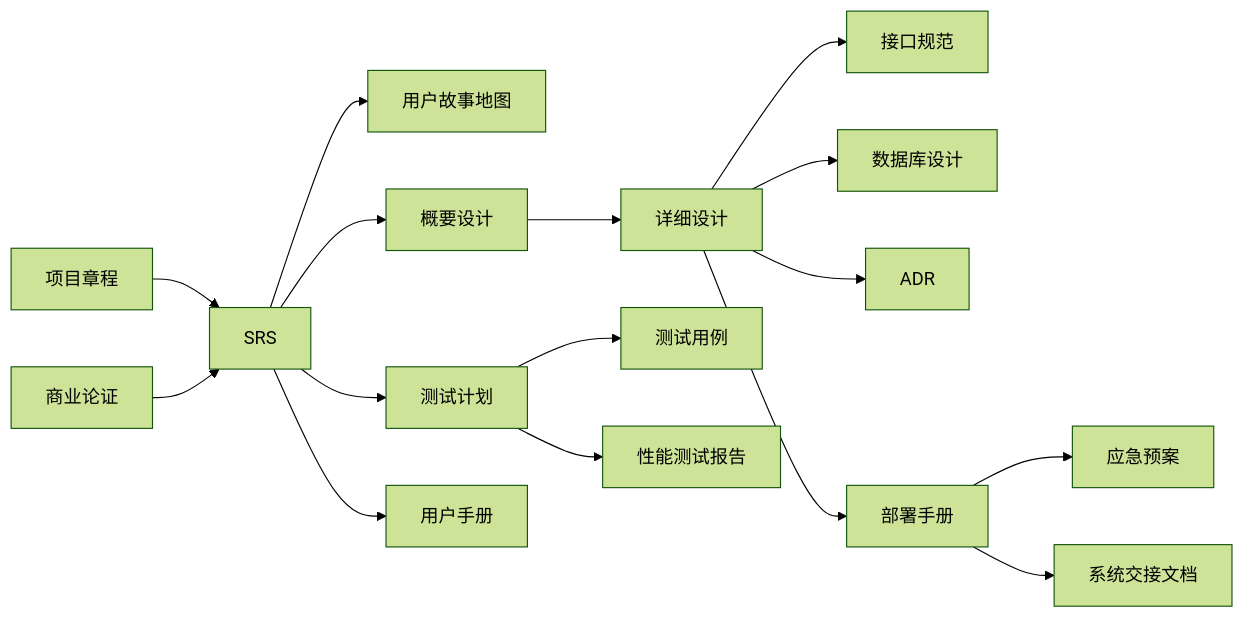
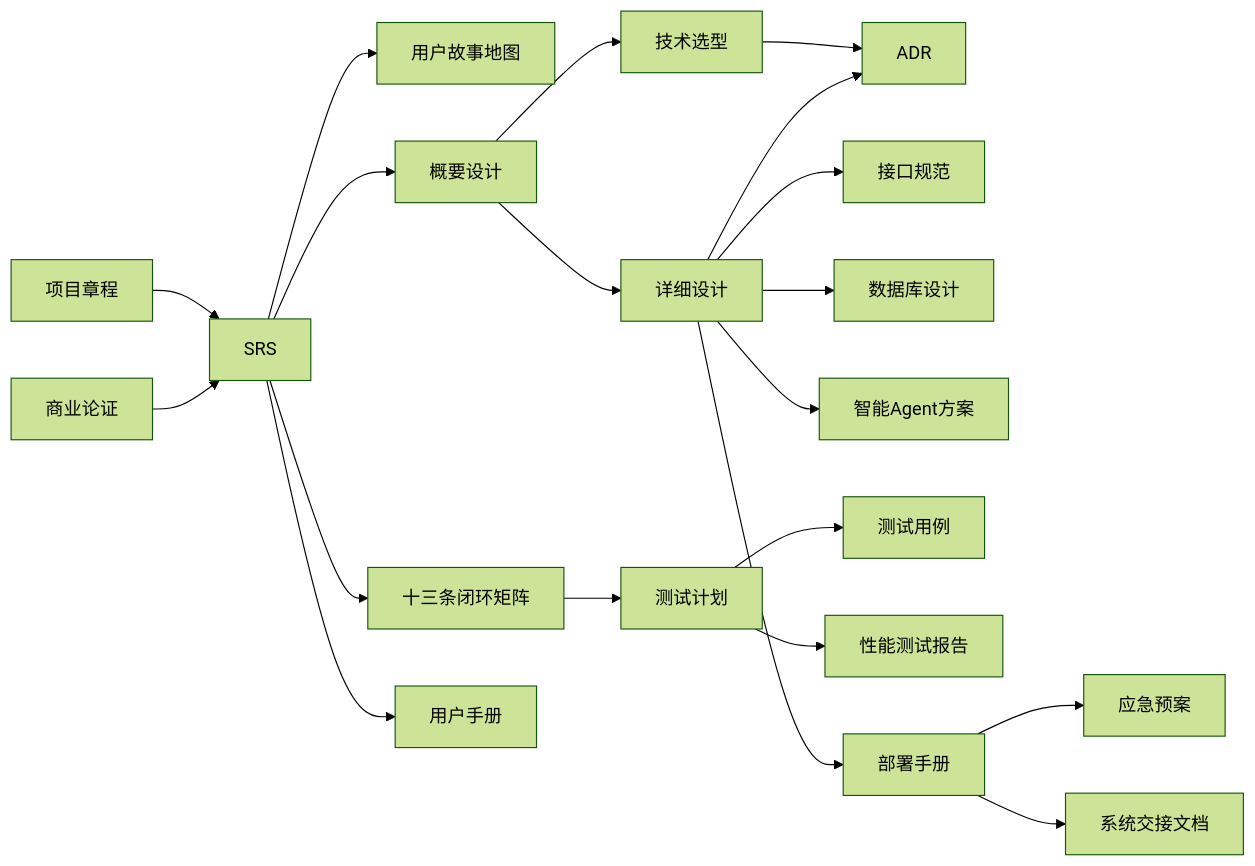
The diagram in docs/README.md (Jerry-RL/asset-management-system), drawn with Mermaid (forest theme) before and after one commit. The commit also changed other lines of this file and 58 other files, not shown here.

Commit message:
Docs: SRS V2.2, thirteen business loops, tech stack ADR-0008~0014, DSD V1.3, CI/K8s/Docker tooling.

````diff
--- a/docs/README.md
+++ b/docs/README.md
@@ -93,18 +100,22 @@
 ```mermaid
 flowchart LR
   charter[项目章程] --> srs[SRS]
   business[商业论证] --> srs
   srs --> story[用户故事地图]
   srs --> hld[概要设计]
+  hld --> techstack[技术选型]
   hld --> dsd[详细设计]
+  techstack --> adr[ADR]
   dsd --> api[接口规范]
   dsd --> db[数据库设计]
   dsd --> adr[ADR]
-  srs --> testplan[测试计划]
+  dsd --> agent[智能Agent方案]
+  srs --> loop[十三条闭环矩阵]
+  loop --> testplan[测试计划]
   testplan --> testcase[测试用例]
   testplan --> perf[性能测试报告]
   dsd --> deploy[部署手册]
   deploy --> emergency[应急预案]
   srs --> userdoc[用户手册]
   deploy --> handover[系统交接文档]
 ```
````
